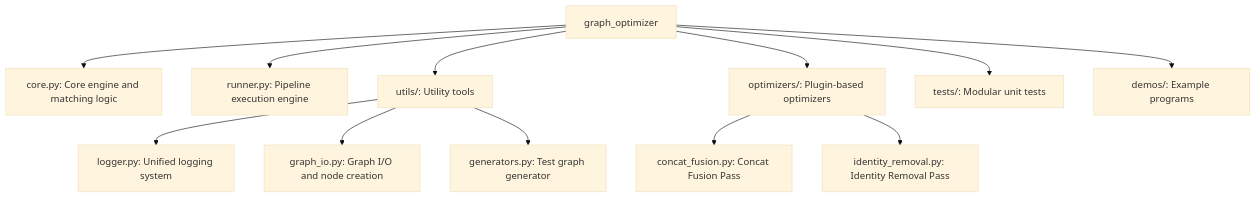
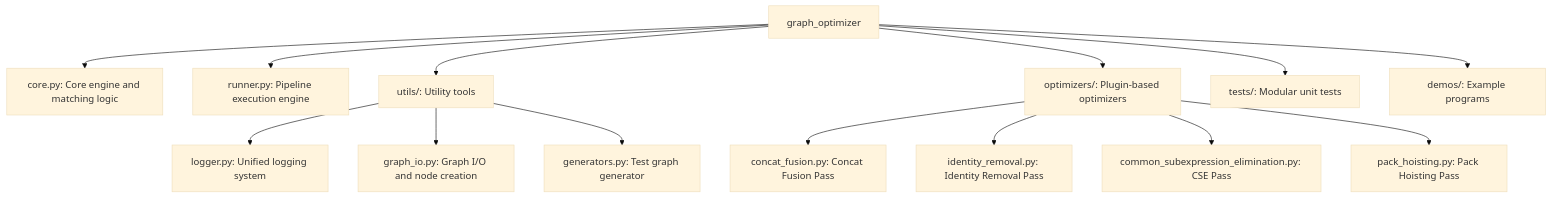
Before and after one commit to Iorest/graph_optimizer: the diagram in README.md, drawn with Mermaid (base theme). The commit also changed other lines of this file and 12 other files, not shown here.

````diff
--- a/README.md
+++ b/README.md
@@ -17,14 +19,16 @@
 ```mermaid
 graph TD
     Root[graph_optimizer] --> Core[core.py: Core engine and matching logic]
     Root --> Runner[runner.py: Pipeline execution engine]
     Root --> Utils[utils/: Utility tools]
     Utils --> Log[logger.py: Unified logging system]
     Utils --> IO[graph_io.py: Graph I/O and node creation]
     Utils --> Gen[generators.py: Test graph generator]
     Root --> Opts[optimizers/: Plugin-based optimizers]
     Opts --> CF[concat_fusion.py: Concat Fusion Pass]
     Opts --> IR[identity_removal.py: Identity Removal Pass]
+    Opts --> CSE[common_subexpression_elimination.py: CSE Pass]
+    Opts --> PH[pack_hoisting.py: Pack Hoisting Pass]
     Root --> Tests[tests/: Modular unit tests]
     Root --> Demos[demos/: Example programs]
 ```
````
